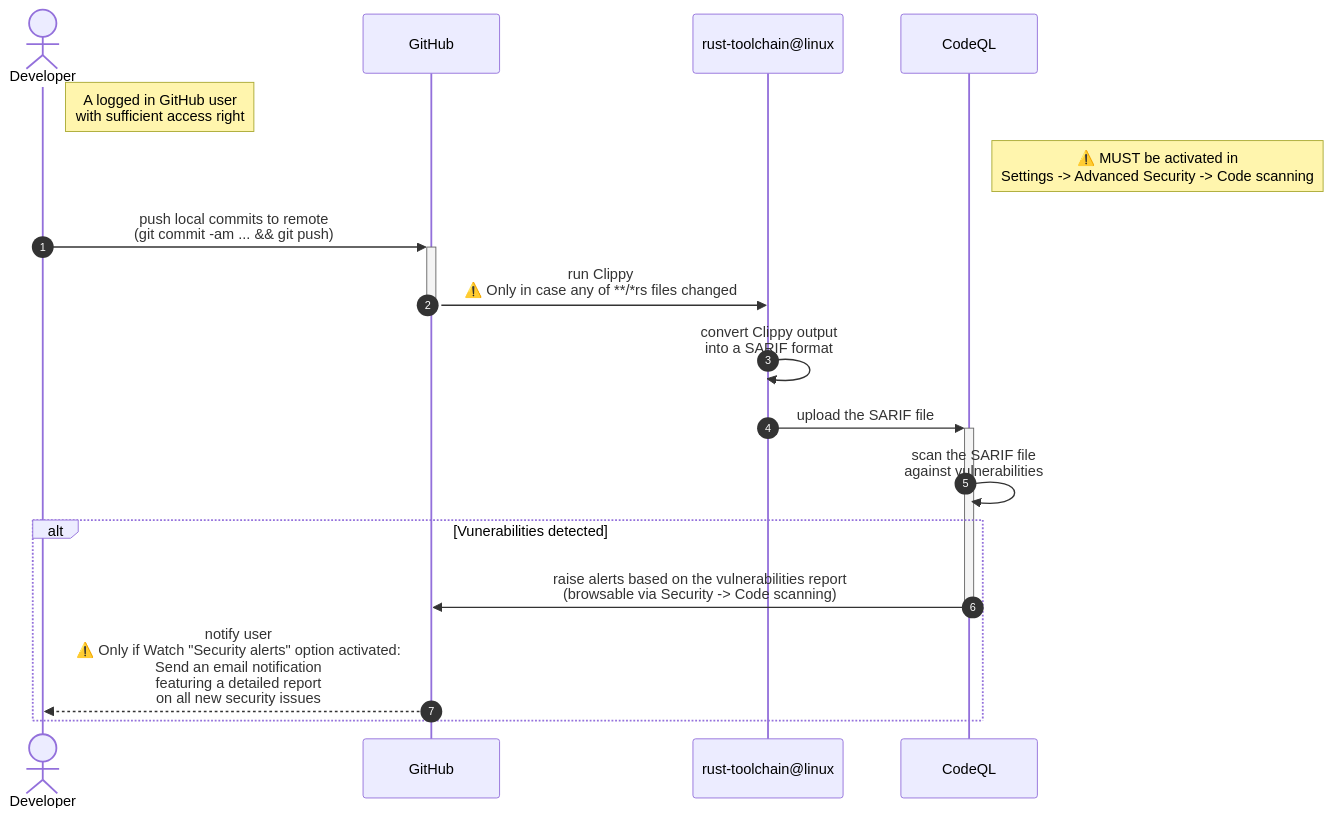
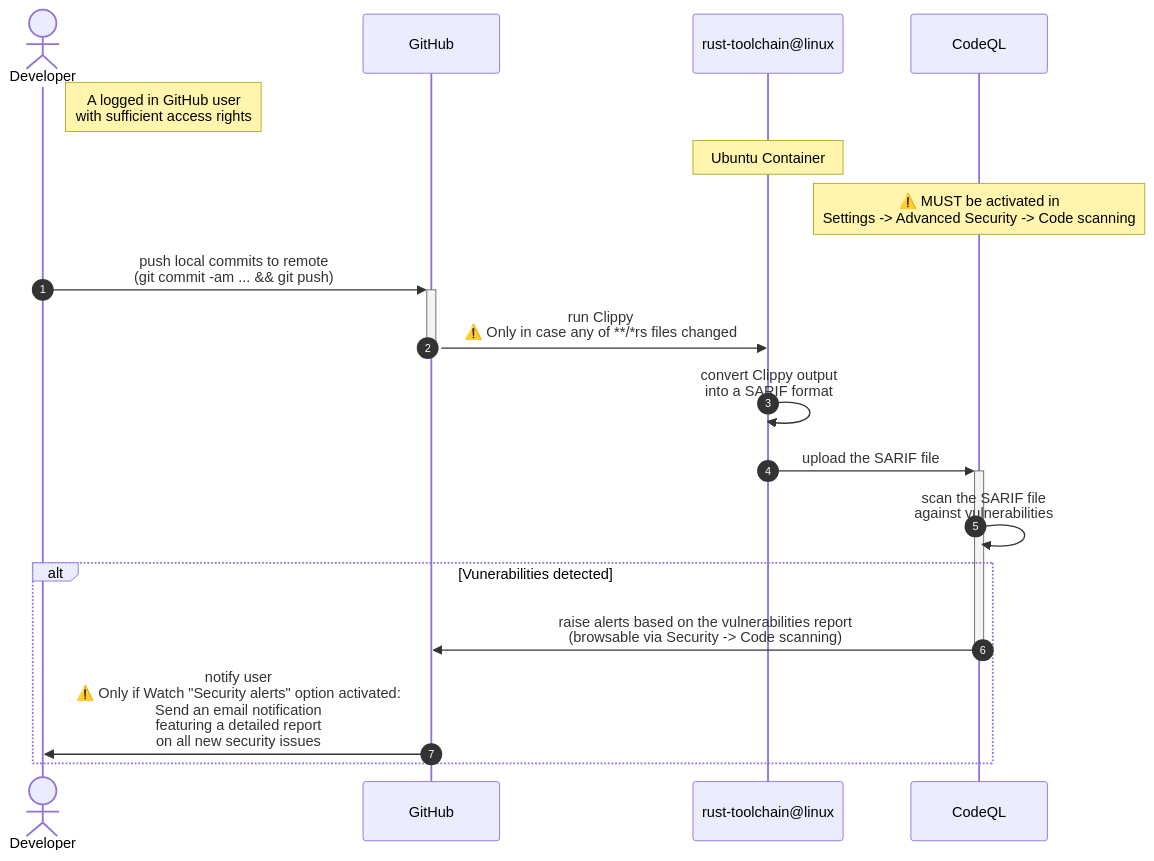
Before and after one commit to swiyu-admin-ch/github-actions-workflows: the first of 4 diagrams in README.md, drawn with Mermaid. The commit also changed other lines of this file and 4 other files, not shown here.

````diff
--- a/README.md
+++ b/README.md
@@ -19,25 +24,25 @@
 ```mermaid
 sequenceDiagram
     autonumber
 
     actor dev as Developer
     participant gh as GitHub
     participant rust   as rust-toolchain@linux
     participant CodeQL as CodeQL
 
     %%Note over dev,CodeQL: The user must be logged in
-    Note right of dev: A logged in GitHub user<br> with sufficient access right
-    %%Note right of rust: Container
-    Note right of CodeQL: ⚠️ MUST be activated in<br> Settings -> Advanced Security -> Code scanning
+    Note right of dev: A logged in GitHub user<br> with sufficient access rights
+    Note over rust: Ubuntu Container
+    Note over CodeQL: ⚠️ MUST be activated in<br> Settings -> Advanced Security -> Code scanning
 
     dev    ->>+ gh: push local commits to remote<br>(git commit -am ... && git push)
     gh     ->>- rust: run Clippy<br>⚠️ Only in case any of **/*rs files changed
     rust   ->>  rust: convert Clippy output<br> into a SARIF format
     rust   ->>+ CodeQL: upload the SARIF file
     CodeQL ->>  CodeQL: scan the SARIF file<br> against vulnerabilities
 
     alt Vunerabilities detected
         CodeQL ->>- gh: raise alerts based on the vulnerabilities report<br> (browsable via Security -> Code scanning)
-        gh     -->> dev: notify user<br> ⚠️ Only if Watch "Security alerts" option activated:<br> Send an email notification<br> featuring a detailed report<br> on all new security issues
+        gh     ->> dev: notify user<br> ⚠️ Only if Watch "Security alerts" option activated:<br> Send an email notification<br> featuring a detailed report<br> on all new security issues
     end
 ```
````
